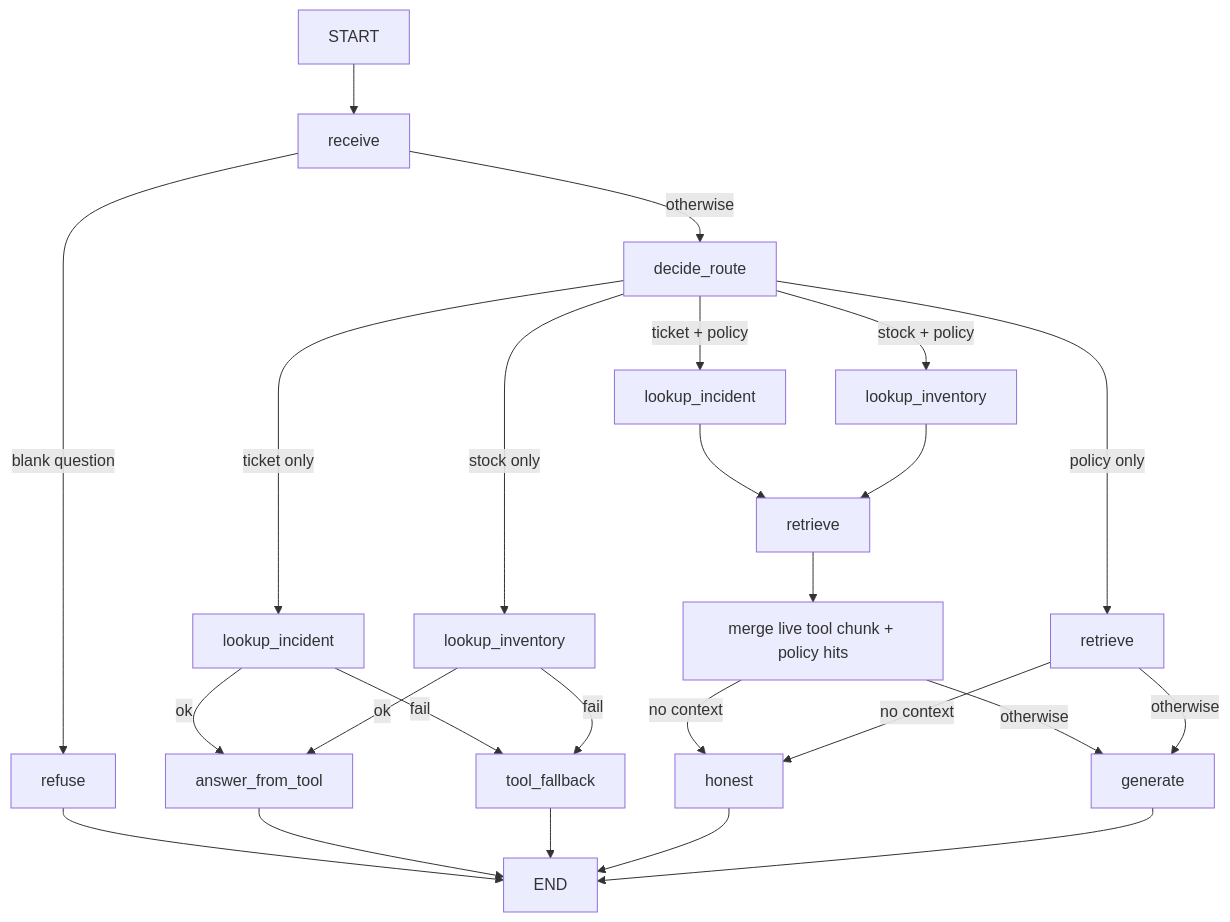
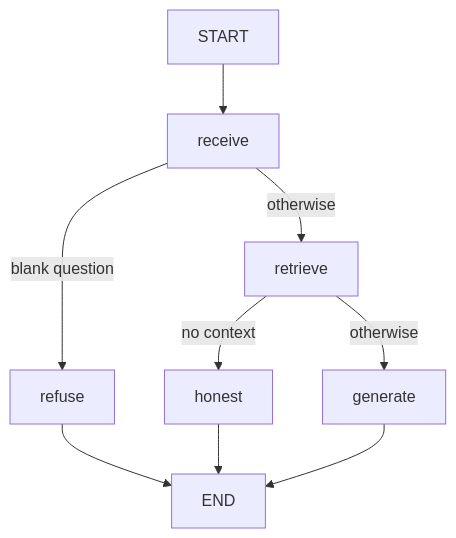
One commit to 4GeeksAcademy/ocielgallardo-company-choice changed the diagram in docs/rag/agent-graph.md. Above: the diagram before and after it, drawn with Mermaid. The commit also changed other lines of this file and 16 other files, not shown here.

````diff
--- a/docs/rag/agent-graph.md
+++ b/docs/rag/agent-graph.md
@@ -15,27 +13,11 @@
 ```mermaid
 flowchart TD
     START --> RECEIVE[receive]
     RECEIVE -->|blank question| REFUSE[refuse]
-    RECEIVE -->|otherwise| DECIDE[decide_route]
-    DECIDE -->|ticket only| INC[lookup_incident]
-    DECIDE -->|stock only| INV[lookup_inventory]
-    DECIDE -->|ticket + policy| HINC[lookup_incident]
-    DECIDE -->|stock + policy| HINV[lookup_inventory]
-    DECIDE -->|policy only| RETRIEVE[retrieve]
-    INC -->|ok| ANS[answer_from_tool]
-    INC -->|fail| FALL[tool_fallback]
-    INV -->|ok| ANS
-    INV -->|fail| FALL
-    HINC --> RET2[retrieve]
-    HINV --> RET2
-    RET2 --> MERGE[merge live tool chunk + policy hits]
-    MERGE -->|no context| HONEST[honest]
-    MERGE -->|otherwise| GENERATE[generate]
-    RETRIEVE -->|no context| HONEST
-    RETRIEVE -->|otherwise| GENERATE
+    RECEIVE -->|otherwise| RETRIEVE[retrieve]
+    RETRIEVE -->|no context| HONEST[honest]
+    RETRIEVE -->|otherwise| GENERATE[generate]
     REFUSE --> END
-    ANS --> END
-    FALL --> END
     HONEST --> END
     GENERATE --> END
 ```
````
